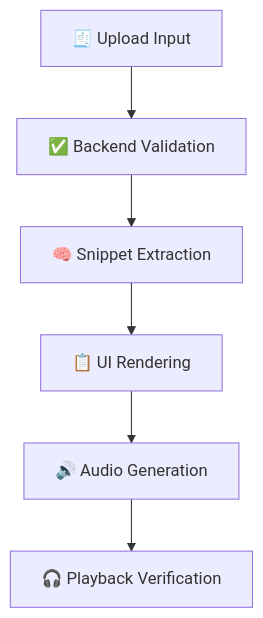
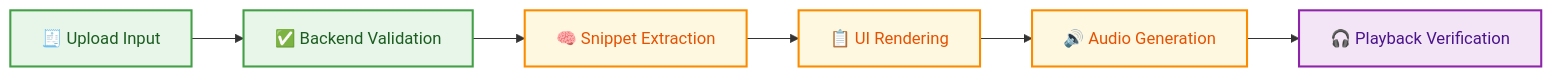
The fourth of 5 diagrams in README.md (Ankitarai27/Adobe-Hackathon-2025), drawn with Mermaid before and after one commit. The commit also changed other lines of this file, not shown here.

Commit message:
Enhance README diagrams with polished left-to-right styling

````diff
--- a/README.md
+++ b/README.md
@@ -260,8 +306,16 @@
 ```mermaid
-flowchart TB
+flowchart LR
     A[🧾 Upload Input] --> B[✅ Backend Validation]
     B --> C[🧠 Snippet Extraction]
     C --> D[📋 UI Rendering]
     D --> E[🔊 Audio Generation]
     E --> F[🎧 Playback Verification]
+
+    classDef input fill:#E8F5E9,stroke:#43A047,color:#1B5E20,stroke-width:2px;
+    classDef process fill:#FFF8E1,stroke:#FB8C00,color:#E65100,stroke-width:2px;
+    classDef output fill:#F3E5F5,stroke:#8E24AA,color:#4A148C,stroke-width:2px;
+
+    class A,B input;
+    class C,D,E process;
+    class F output;
 ```
````
